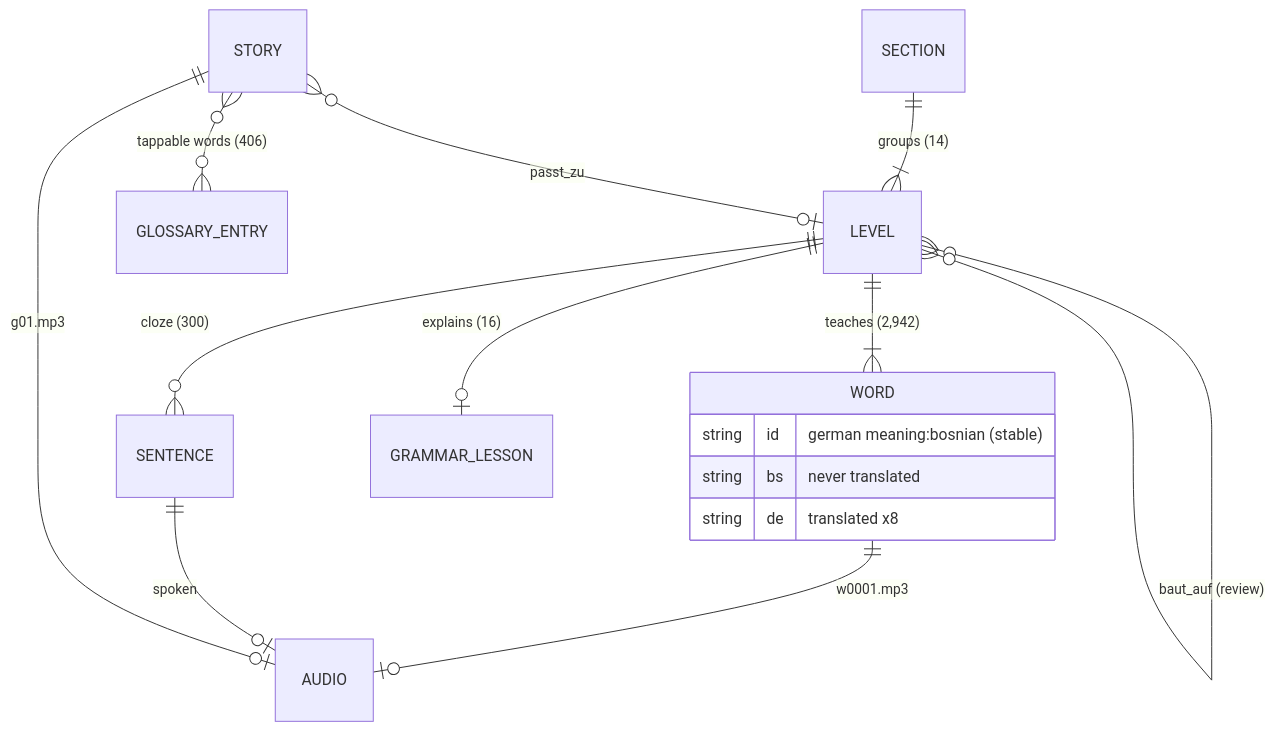
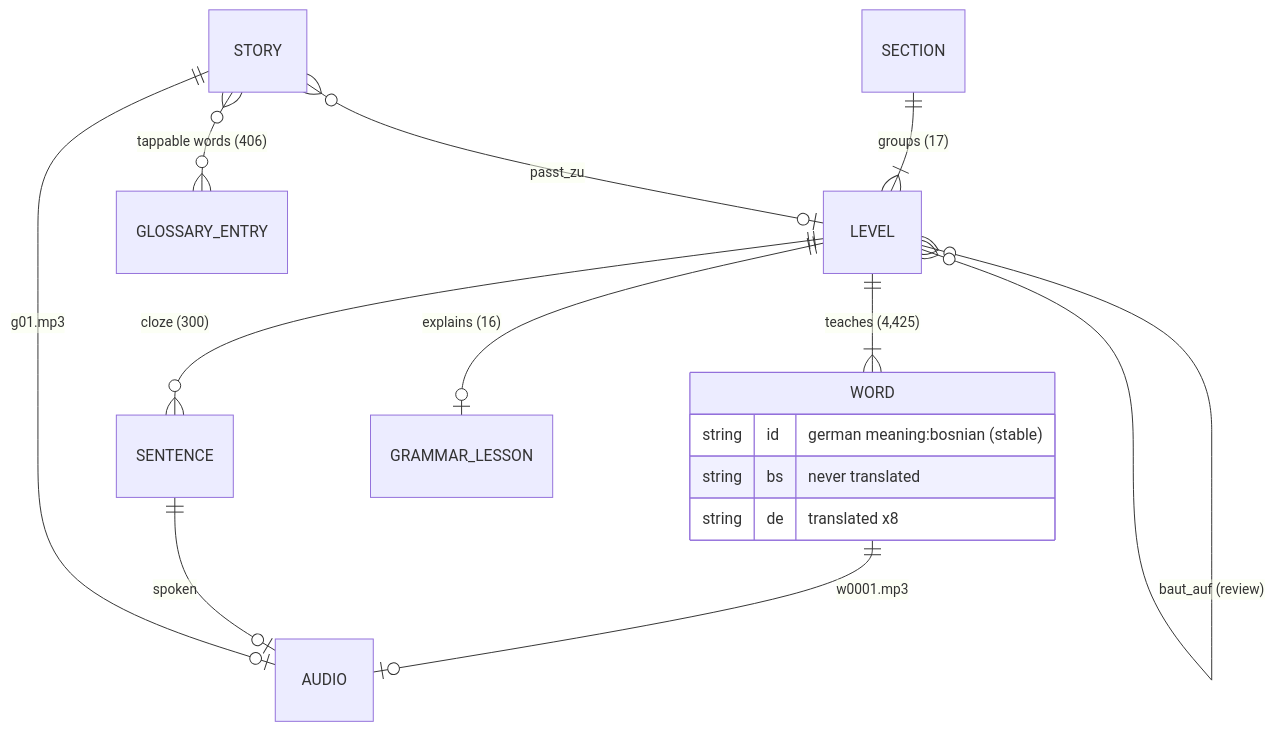
The second of 3 diagrams in docs/ARCHITECTURE.md (zmaj-lernapp/zmaj), drawn with Mermaid before and after one commit. The commit also changed other lines of this file and 65 other files, not shown here.

````diff
--- a/docs/ARCHITECTURE.md
+++ b/docs/ARCHITECTURE.md
@@ -54,18 +54,18 @@
 ```mermaid
 erDiagram
-  SECTION ||--|{ LEVEL : "groups (14)"
-  LEVEL ||--|{ WORD : "teaches (2,942)"
+  SECTION ||--|{ LEVEL : "groups (17)"
+  LEVEL ||--|{ WORD : "teaches (4,425)"
   LEVEL ||--o{ SENTENCE : "cloze (300)"
   LEVEL ||--o| GRAMMAR_LESSON : "explains (16)"
   LEVEL }o--o{ LEVEL : "baut_auf (review)"
   STORY }o--o| LEVEL : "passt_zu"
   STORY }o--o{ GLOSSARY_ENTRY : "tappable words (406)"
   WORD ||--o| AUDIO : "w0001.mp3"
   SENTENCE ||--o| AUDIO : "spoken"
   STORY ||--o| AUDIO : "g01.mp3"
   WORD {
     string id "german meaning:bosnian (stable)"
     string bs "never translated"
     string de "translated x8"
   }
 ```
````
